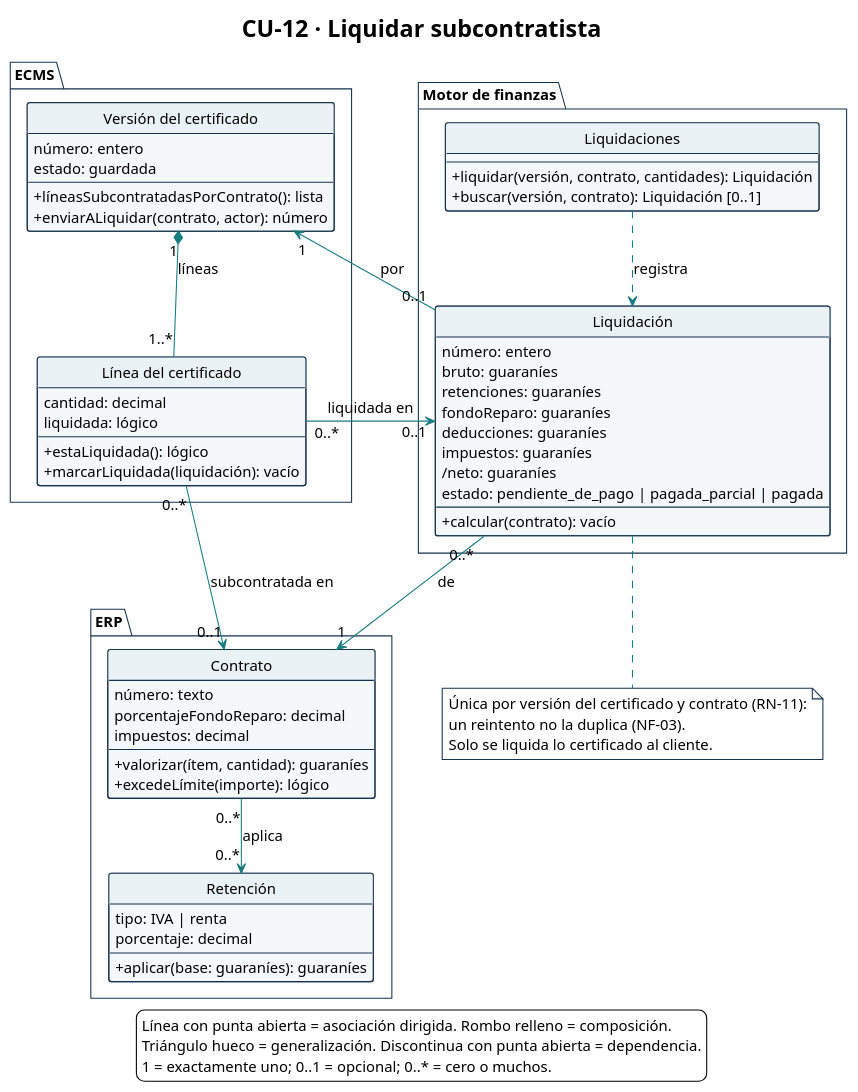
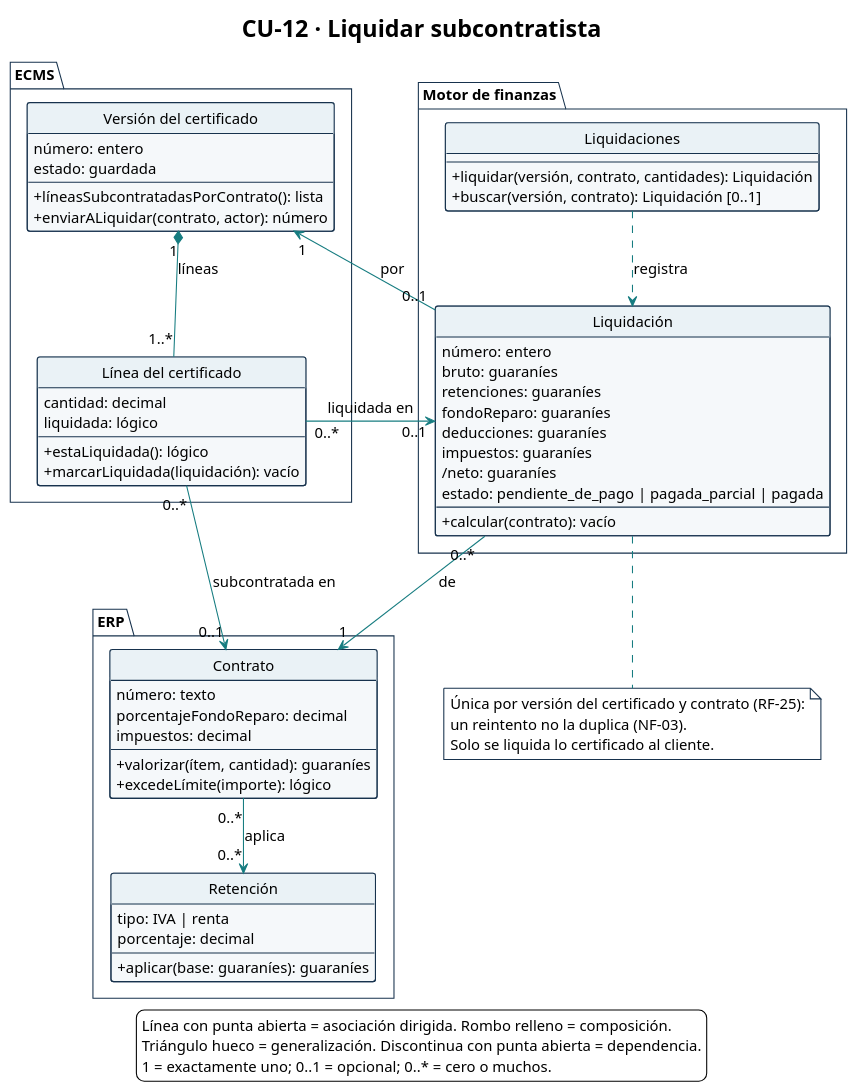
One commit to Ssrrb/tpf-uca changed the diagram in diagramas/CU-12-clases.puml. Above: the diagram before and after it, drawn with PlantUML. The commit also changed 40 other files, not shown here.

```diff
--- a/diagramas/CU-12-clases.puml
+++ b/diagramas/CU-12-clases.puml
@@ -1,104 +1,104 @@
 @startuml
 !theme plain
 skinparam style strictuml
 title CU-12 · Liquidar subcontratista
 hide circle
 hide empty methods
 hide empty fields
 skinparam shadowing false
 skinparam classAttributeIconSize 0
 skinparam defaultFontName Arial
 skinparam defaultFontSize 14
 skinparam nodesep 40
 skinparam ranksep 50
 skinparam ArrowColor #167C80
 skinparam class {
   BackgroundColor #F5F8FA
   BorderColor #17324D
   HeaderBackgroundColor #EAF2F6
 }
 skinparam package {
   BackgroundColor #FFFFFF
   BorderColor #17324D
 }
 skinparam note {
   BackgroundColor #FFFFFF
   BorderColor #17324D
 }
 package "ECMS" {
   class "Versión del certificado" as VersionCertificado {
     número: entero
     estado: guardada
     --
     + líneasSubcontratadasPorContrato(): lista
     + enviarALiquidar(contrato, actor): número
   }
 
   class "Línea del certificado" as LineaCertificado {
     cantidad: decimal
     liquidada: lógico
     --
     + estaLiquidada(): lógico
     + marcarLiquidada(liquidación): vacío
   }
 }
 
 package "Motor de finanzas" {
   class "Liquidaciones" as Liquidaciones {
     --
     + liquidar(versión, contrato, cantidades): Liquidación
     + buscar(versión, contrato): Liquidación [0..1]
   }
 
   class "Liquidación" as Liquidacion {
     número: entero
     bruto: guaraníes
     retenciones: guaraníes
     fondoReparo: guaraníes
     deducciones: guaraníes
     impuestos: guaraníes
     /neto: guaraníes
     estado: pendiente_de_pago | pagada_parcial | pagada
     --
     + calcular(contrato): vacío
   }
 }
 
 package "ERP" {
   class Contrato {
     número: texto
     porcentajeFondoReparo: decimal
     impuestos: decimal
     --
     + valorizar(ítem, cantidad): guaraníes
     + excedeLímite(importe): lógico
   }
 
   class "Retención" as Retencion {
     tipo: IVA | renta
     porcentaje: decimal
     --
     + aplicar(base: guaraníes): guaraníes
   }
 }
 
 VersionCertificado "1" *-- "1..*" LineaCertificado : líneas
 LineaCertificado "0..*" --> "0..1" Contrato : subcontratada en
 LineaCertificado "0..*" --> "0..1" Liquidacion : liquidada en
 Liquidaciones ..> Liquidacion : registra
 Liquidacion "0..*" --> "1" Contrato : de
 Liquidacion "0..1" --> "1" VersionCertificado : por
 Contrato "0..*" --> "0..*" Retencion : aplica
 
 note bottom of Liquidacion
-  Única por versión del certificado y contrato (RN-11):
+  Única por versión del certificado y contrato (RF-25):
   un reintento no la duplica (NF-03).
   Solo se liquida lo certificado al cliente.
 end note
 
 legend bottom
   Línea con punta abierta = asociación dirigida. Rombo relleno = composición.
   Triángulo hueco = generalización. Discontinua con punta abierta = dependencia.
   1 = exactamente uno; 0..1 = opcional; 0..* = cero o muchos.
 endlegend
 @enduml
```
